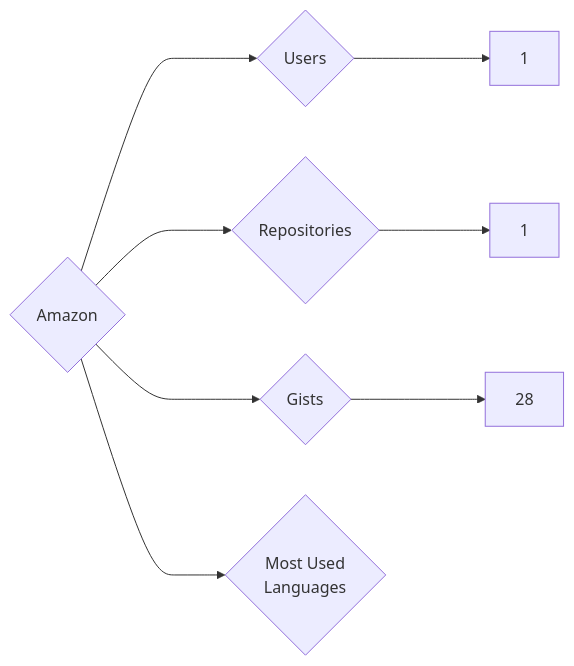
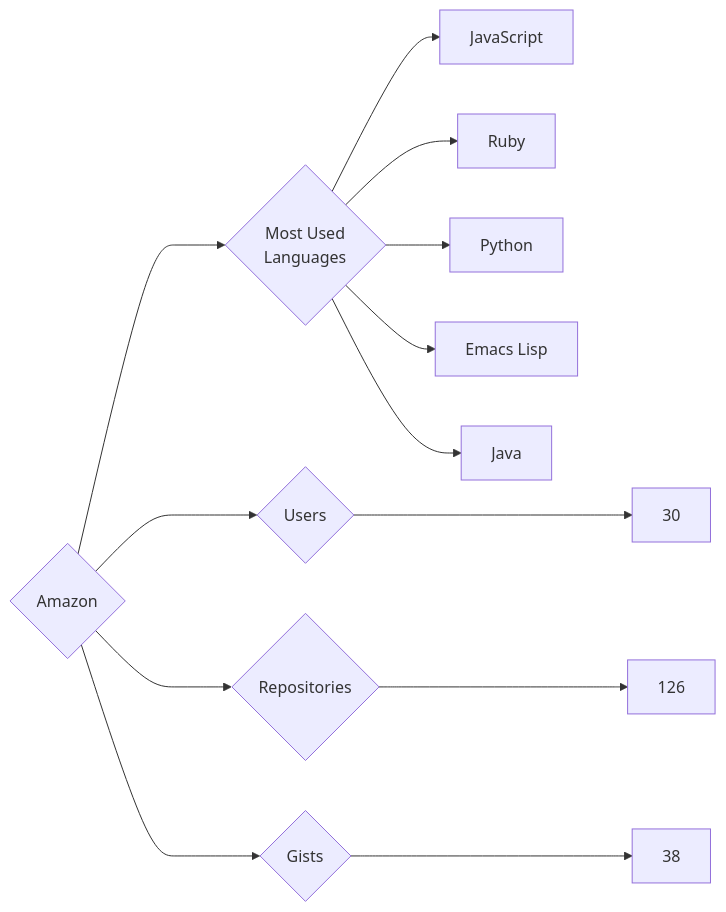
Before and after one commit to trickest/insiders: the diagram in targets/Amazon/README.md, drawn with Mermaid. The commit also changed 777 other files, not shown here.

````diff
--- a/targets/Amazon/README.md
+++ b/targets/Amazon/README.md
@@ -3,8 +3,13 @@
 ```mermaid
 graph LR
 COMPANY_NAME{Amazon}
-COMPANY_NAME ---> U{Users} ---> UN[1]
-COMPANY_NAME ---> R{Repositories} ---> RN[1]
-COMPANY_NAME ---> G{Gists} ---> GN[28]
+COMPANY_NAME ---> U{Users} ---> UN[30]
+COMPANY_NAME ---> R{Repositories} ---> RN[126]
+COMPANY_NAME ---> G{Gists} ---> GN[38]
 COMPANY_NAME ---> ML{Most Used<br>Languages}
+ML --> JavaScript[JavaScript]
+ML --> Ruby[Ruby]
+ML --> Python[Python]
+ML --> Emacs_Lisp[Emacs Lisp]
+ML --> Java[Java]
 ```
````
